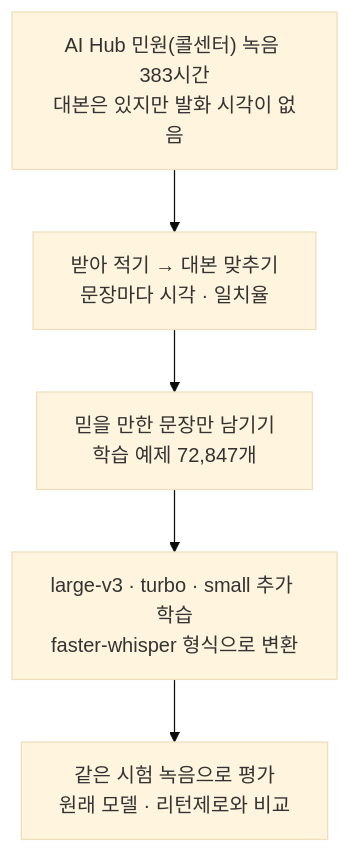
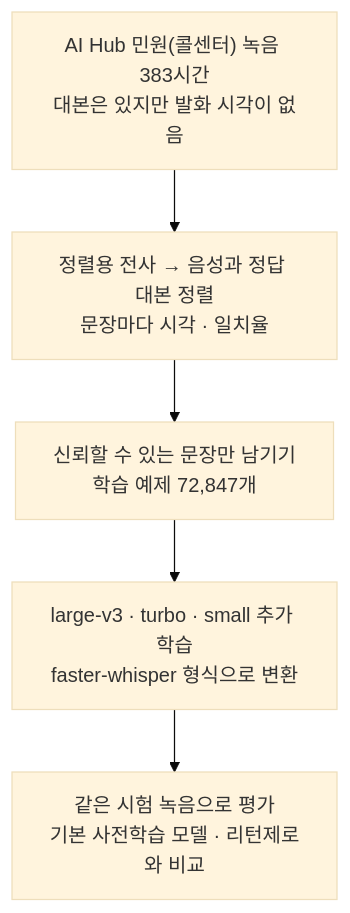
One commit to J-hosu/VoiceGuard-AI changed the diagram in docs/tech/transcription.md. Above: the diagram before and after it, drawn with Mermaid (base theme). The commit also changed other lines of this file and 11 other files, not shown here.

````diff
--- a/docs/tech/transcription.md
+++ b/docs/tech/transcription.md
@@ -21,7 +63,7 @@
 ```mermaid
 flowchart TD
-    A["AI Hub 민원(콜센터) 녹음 383시간<br/>대본은 있지만 발화 시각이 없음"] --> B["받아 적기 → 대본 맞추기<br/>문장마다 시각 · 일치율"]
-    B --> C["믿을 만한 문장만 남기기<br/>학습 예제 72,847개"]
+    A["AI Hub 민원(콜센터) 녹음 383시간<br/>대본은 있지만 발화 시각이 없음"] --> B["정렬용 전사 → 음성과 정답 대본 정렬<br/>문장마다 시각 · 일치율"]
+    B --> C["신뢰할 수 있는 문장만 남기기<br/>학습 예제 72,847개"]
     C --> D["large-v3 · turbo · small 추가 학습<br/>faster-whisper 형식으로 변환"]
-    D --> E["같은 시험 녹음으로 평가<br/>원래 모델 · 리턴제로와 비교"]
+    D --> E["같은 시험 녹음으로 평가<br/>기본 사전학습 모델 · 리턴제로와 비교"]
 ```
````
